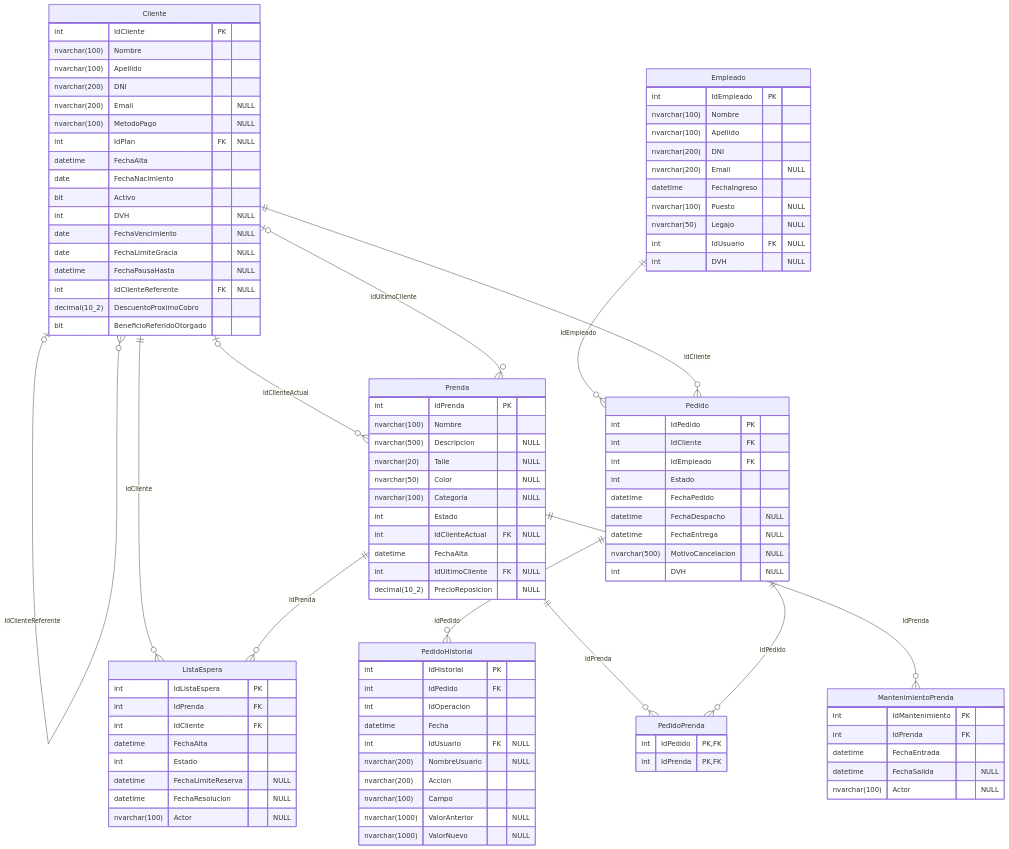
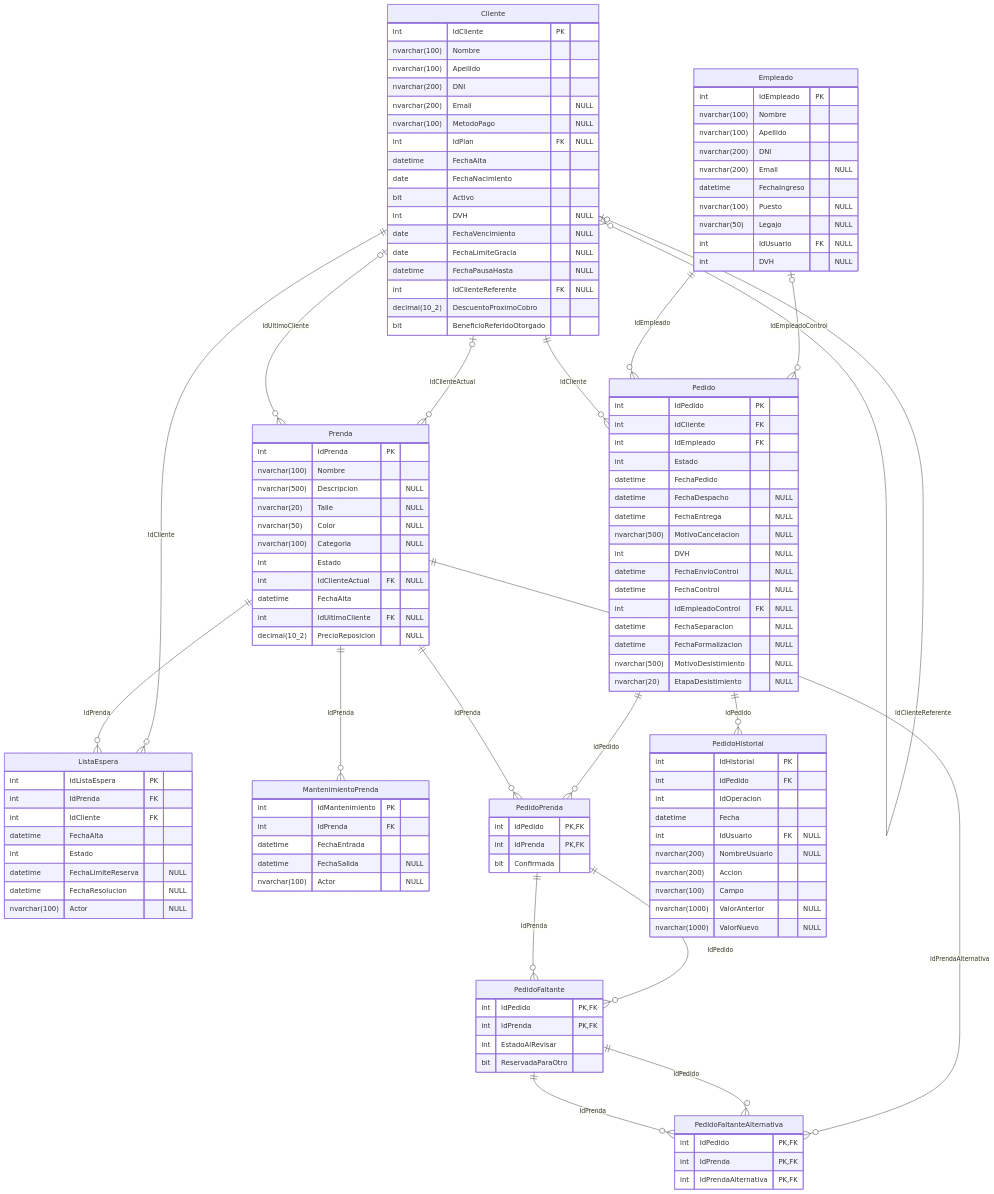
One commit to valentinamorana/Trabajo-de-Diploma changed the diagram in docs/diagramas/mermaid/DER_pn01_pedidos.mmd. Above: the diagram before and after it, drawn with Mermaid. The commit also changed 88 other files, not shown here.

First line of the commit message:
PN01: el armado del pedido sigue el diagrama de actividad de EA

```diff
--- a/docs/diagramas/mermaid/DER_pn01_pedidos.mmd
+++ b/docs/diagramas/mermaid/DER_pn01_pedidos.mmd
@@ -1,100 +1,125 @@
 erDiagram
   Cliente |o--o{ Cliente : "IdClienteReferente"
   Cliente ||--o{ ListaEspera : "IdCliente"
   Prenda ||--o{ ListaEspera : "IdPrenda"
   Prenda ||--o{ MantenimientoPrenda : "IdPrenda"
+  Empleado |o--o{ Pedido : "IdEmpleadoControl"
   Empleado ||--o{ Pedido : "IdEmpleado"
   Cliente ||--o{ Pedido : "IdCliente"
+  PedidoPrenda ||--o{ PedidoFaltante : "IdPedido"
+  PedidoPrenda ||--o{ PedidoFaltante : "IdPrenda"
+  Prenda ||--o{ PedidoFaltanteAlternativa : "IdPrendaAlternativa"
+  PedidoFaltante ||--o{ PedidoFaltanteAlternativa : "IdPedido"
+  PedidoFaltante ||--o{ PedidoFaltanteAlternativa : "IdPrenda"
   Pedido ||--o{ PedidoHistorial : "IdPedido"
+  Pedido ||--o{ PedidoPrenda : "IdPedido"
   Prenda ||--o{ PedidoPrenda : "IdPrenda"
-  Pedido ||--o{ PedidoPrenda : "IdPedido"
   Cliente |o--o{ Prenda : "IdClienteActual"
   Cliente |o--o{ Prenda : "IdUltimoCliente"
   Cliente {
     int IdCliente PK
     nvarchar(100) Nombre
     nvarchar(100) Apellido
     nvarchar(200) DNI
     nvarchar(200) Email "NULL"
     nvarchar(100) MetodoPago "NULL"
     int IdPlan FK "NULL"
     datetime FechaAlta
     date FechaNacimiento
     bit Activo
     int DVH "NULL"
     date FechaVencimiento "NULL"
     date FechaLimiteGracia "NULL"
     datetime FechaPausaHasta "NULL"
     int IdClienteReferente FK "NULL"
     decimal(10_2) DescuentoProximoCobro
     bit BeneficioReferidoOtorgado
   }
   Empleado {
     int IdEmpleado PK
     nvarchar(100) Nombre
     nvarchar(100) Apellido
     nvarchar(200) DNI
     nvarchar(200) Email "NULL"
     datetime FechaIngreso
     nvarchar(100) Puesto "NULL"
     nvarchar(50) Legajo "NULL"
     int IdUsuario FK "NULL"
     int DVH "NULL"
   }
   Pedido {
     int IdPedido PK
     int IdCliente FK
     int IdEmpleado FK
     int Estado
     datetime FechaPedido
     datetime FechaDespacho "NULL"
     datetime FechaEntrega "NULL"
     nvarchar(500) MotivoCancelacion "NULL"
     int DVH "NULL"
+    datetime FechaEnvioControl "NULL"
+    datetime FechaControl "NULL"
+    int IdEmpleadoControl FK "NULL"
+    datetime FechaSeparacion "NULL"
+    datetime FechaFormalizacion "NULL"
+    nvarchar(500) MotivoDesistimiento "NULL"
+    nvarchar(20) EtapaDesistimiento "NULL"
   }
   PedidoPrenda {
     int IdPedido PK,FK
     int IdPrenda PK,FK
+    bit Confirmada
+  }
+  PedidoFaltante {
+    int IdPedido PK,FK
+    int IdPrenda PK,FK
+    int EstadoAlRevisar
+    bit ReservadaParaOtro
+  }
+  PedidoFaltanteAlternativa {
+    int IdPedido PK,FK
+    int IdPrenda PK,FK
+    int IdPrendaAlternativa PK,FK
   }
   PedidoHistorial {
     int IdHistorial PK
     int IdPedido FK
     int IdOperacion
     datetime Fecha
     int IdUsuario FK "NULL"
     nvarchar(200) NombreUsuario "NULL"
     nvarchar(200) Accion
     nvarchar(100) Campo
     nvarchar(1000) ValorAnterior "NULL"
     nvarchar(1000) ValorNuevo "NULL"
   }
   Prenda {
     int IdPrenda PK
     nvarchar(100) Nombre
     nvarchar(500) Descripcion "NULL"
     nvarchar(20) Talle "NULL"
     nvarchar(50) Color "NULL"
     nvarchar(100) Categoria "NULL"
     int Estado
     int IdClienteActual FK "NULL"
     datetime FechaAlta
     int IdUltimoCliente FK "NULL"
     decimal(10_2) PrecioReposicion "NULL"
   }
   ListaEspera {
     int IdListaEspera PK
     int IdPrenda FK
     int IdCliente FK
     datetime FechaAlta
     int Estado
     datetime FechaLimiteReserva "NULL"
     datetime FechaResolucion "NULL"
     nvarchar(100) Actor "NULL"
   }
   MantenimientoPrenda {
     int IdMantenimiento PK
     int IdPrenda FK
     datetime FechaEntrada
     datetime FechaSalida "NULL"
     nvarchar(100) Actor "NULL"
   }
```
